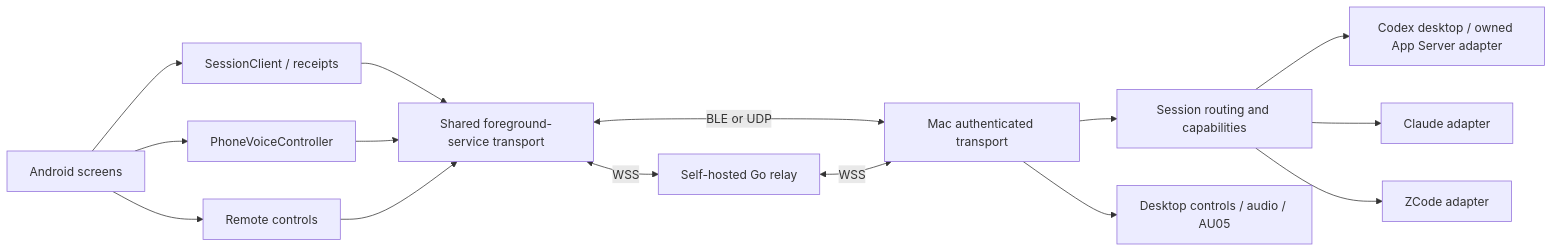
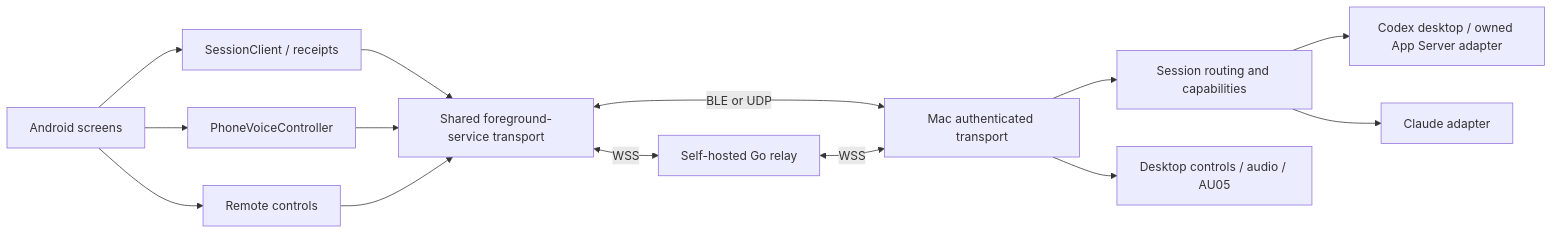
The diagram in docs/ARCHITECTURE.md (JunWeiUp/vibepier), drawn with Mermaid before and after one commit. The commit also changed other lines of this file and 234 other files, not shown here.

````diff
--- a/docs/ARCHITECTURE.md
+++ b/docs/ARCHITECTURE.md
@@ -7,17 +7,16 @@
 ```mermaid
 flowchart LR
     UI[Android screens] --> Session[SessionClient / receipts]
     UI --> Voice[PhoneVoiceController]
     UI --> Controls[Remote controls]
     Session --> Transport[Shared foreground-service transport]
     Voice --> Transport
     Controls --> Transport
     Transport <-->|BLE or UDP| Mac[Mac authenticated transport]
     Transport <-->|WSS| Relay[Self-hosted Go relay]
     Relay <-->|WSS| Mac
     Mac --> Router[Session routing and capabilities]
     Mac --> Runtime[Desktop controls / audio / AU05]
     Router --> Codex[Codex desktop / owned App Server adapter]
     Router --> Claude[Claude adapter]
-    Router --> ZCode[ZCode adapter]
 ```
````
